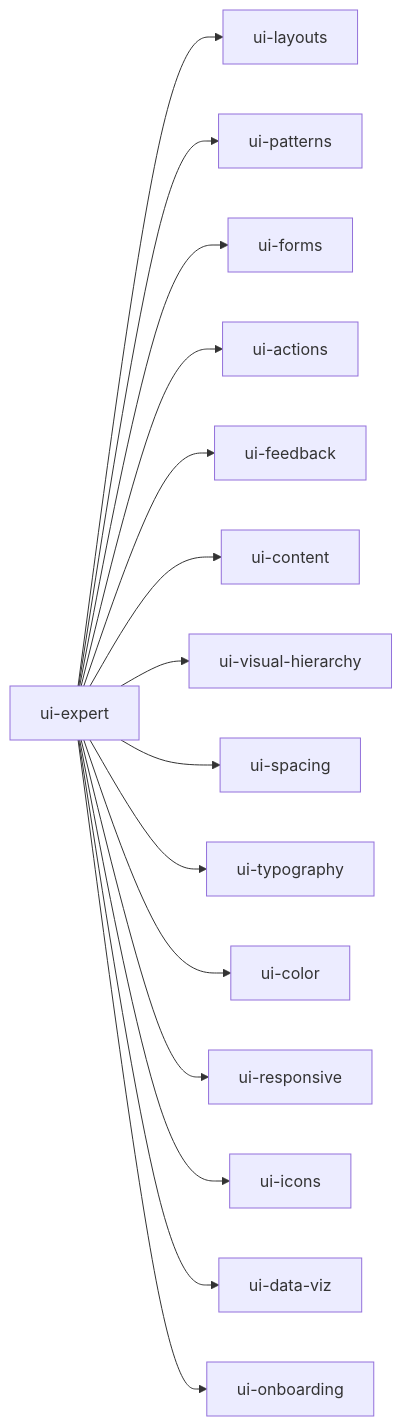
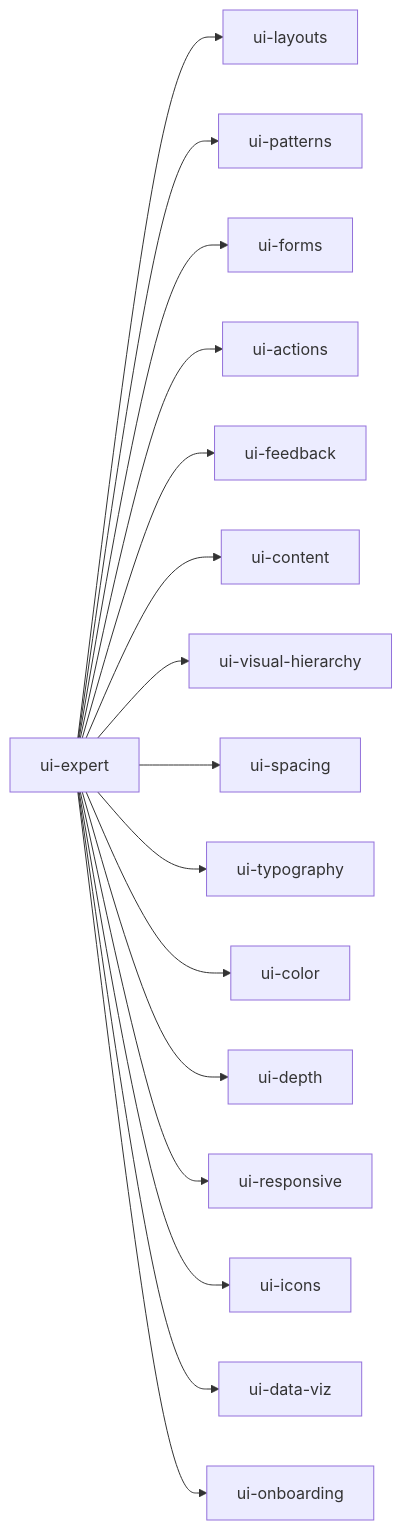
Before and after one commit to pnewsam/skills: the fifth of 11 diagrams in README.md, drawn with Mermaid. The commit also changed other lines of this file and 8 other files, not shown here.

````diff
--- a/README.md
+++ b/README.md
@@ -119,17 +119,18 @@
 ```mermaid
 flowchart LR
     UX[ui-expert] --> L[ui-layouts]
     UX --> P[ui-patterns]
     UX --> F[ui-forms]
     UX --> A[ui-actions]
     UX --> FB[ui-feedback]
     UX --> C[ui-content]
     UX --> VH[ui-visual-hierarchy]
     UX --> S[ui-spacing]
     UX --> T[ui-typography]
     UX --> CL[ui-color]
+    UX --> D[ui-depth]
     UX --> R[ui-responsive]
     UX --> I[ui-icons]
     UX --> DV[ui-data-viz]
     UX --> O[ui-onboarding]
 ```
````
